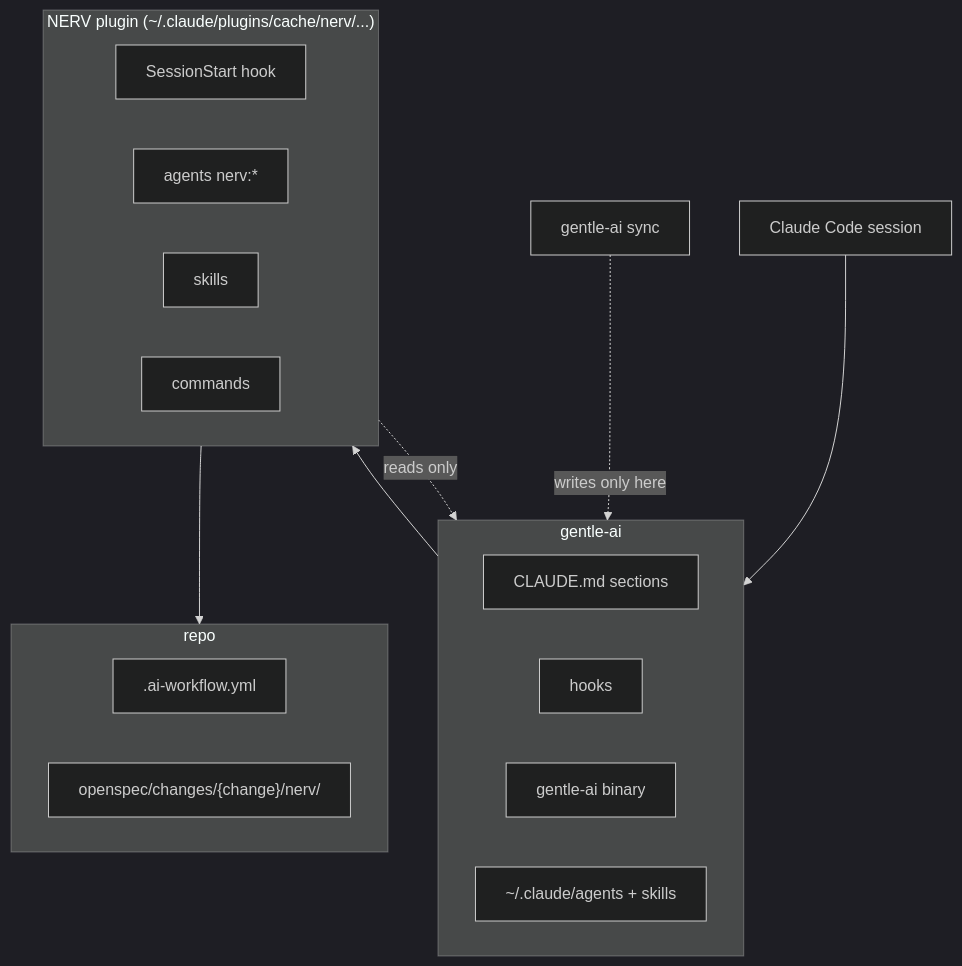
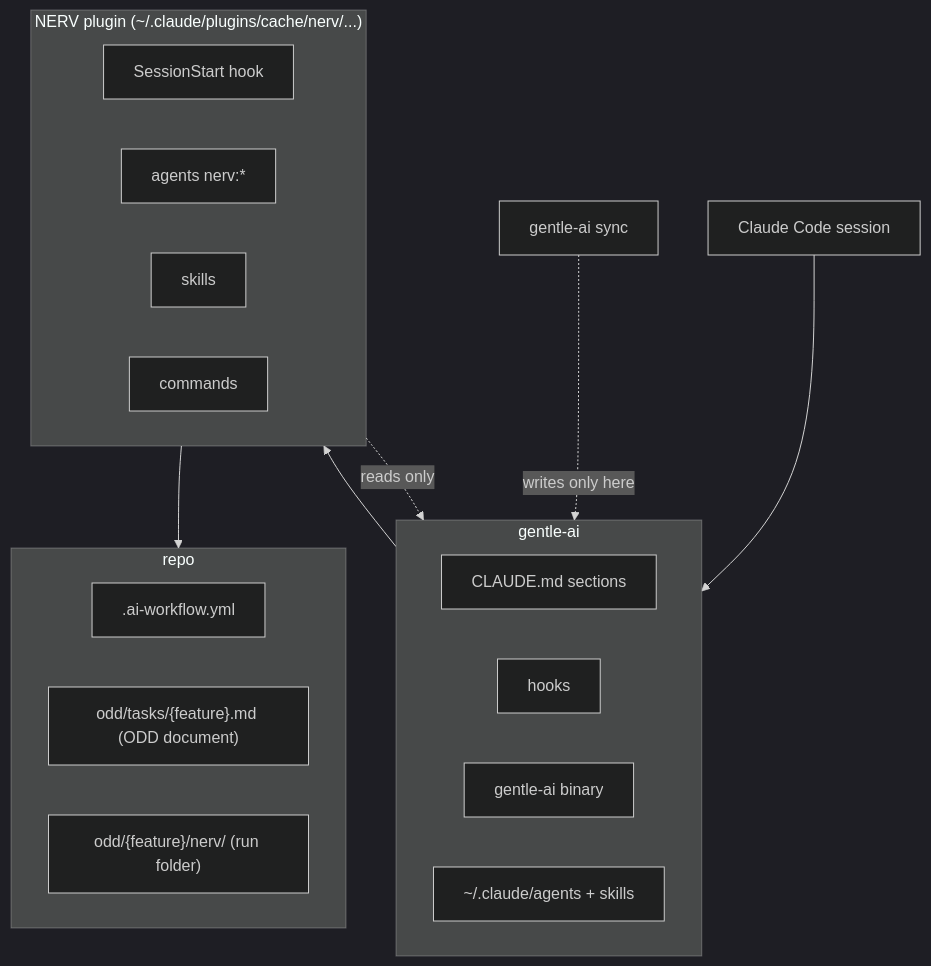
One commit to war-apps/nerv-by-gentle-ai changed the first of 7 diagrams in docs/integration.md. Above: the diagram before and after it, drawn with Mermaid (dark theme). The commit also changed other lines of this file and 54 other files, not shown here.

First line of the commit message:
feat(orchestrator)!: track NERV runs in gentle-ai's ODD document instead of OpenSpec

````diff
--- a/docs/integration.md
+++ b/docs/integration.md
@@ -5,31 +5,32 @@
 ```mermaid
 flowchart TB
     CC[Claude Code session]
 
     subgraph GA["gentle-ai"]
         GACfg["CLAUDE.md sections"]
         GAHooks["hooks"]
         GABin["gentle-ai binary"]
         GAAgents["~/.claude/agents + skills"]
     end
 
     subgraph NERVP["NERV plugin (~/.claude/plugins/cache/nerv/...)"]
         NHook["SessionStart hook"]
         NAgents["agents nerv:*"]
         NSkills["skills"]
         NCommands["commands"]
     end
 
     subgraph Repo["repo"]
         NConfig[".ai-workflow.yml"]
-        NChange["openspec/changes/{change}/nerv/"]
+        NDoc["odd/tasks/{feature}.md (ODD document)"]
+        NRun["odd/{feature}/nerv/ (run folder)"]
     end
 
     Sync["gentle-ai sync"]
 
     CC --> GA
     GA --> NERVP
     NERVP --> Repo
     Sync -.writes only here.-> GA
     NERVP -.reads only.-> GA
 ```
````
